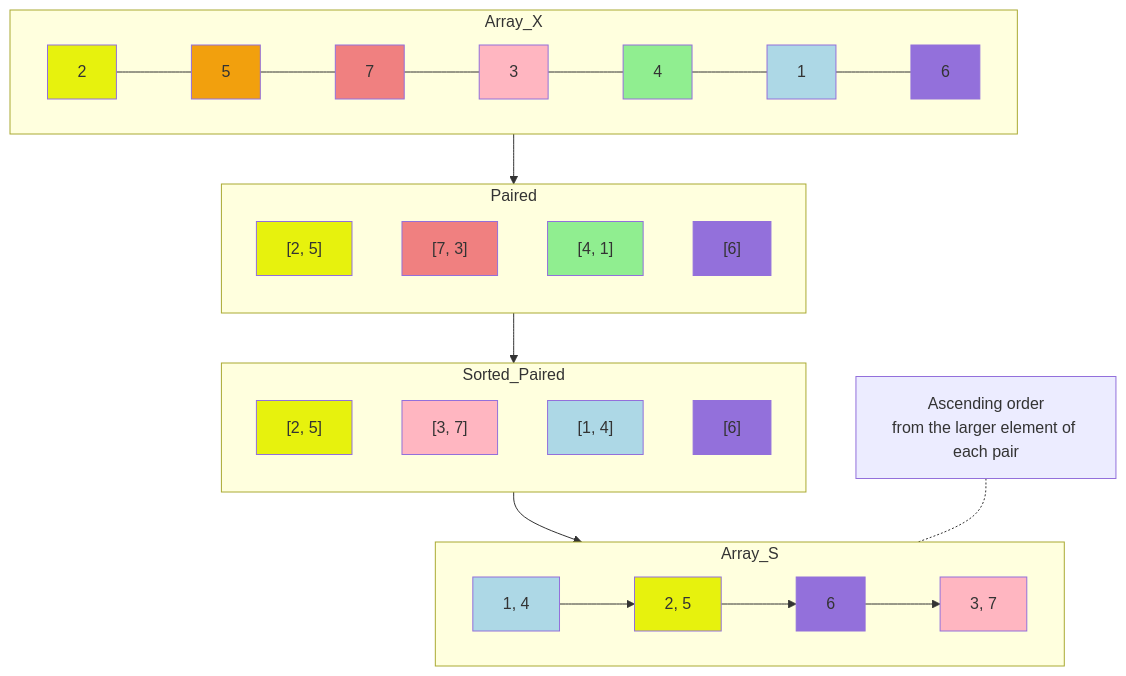
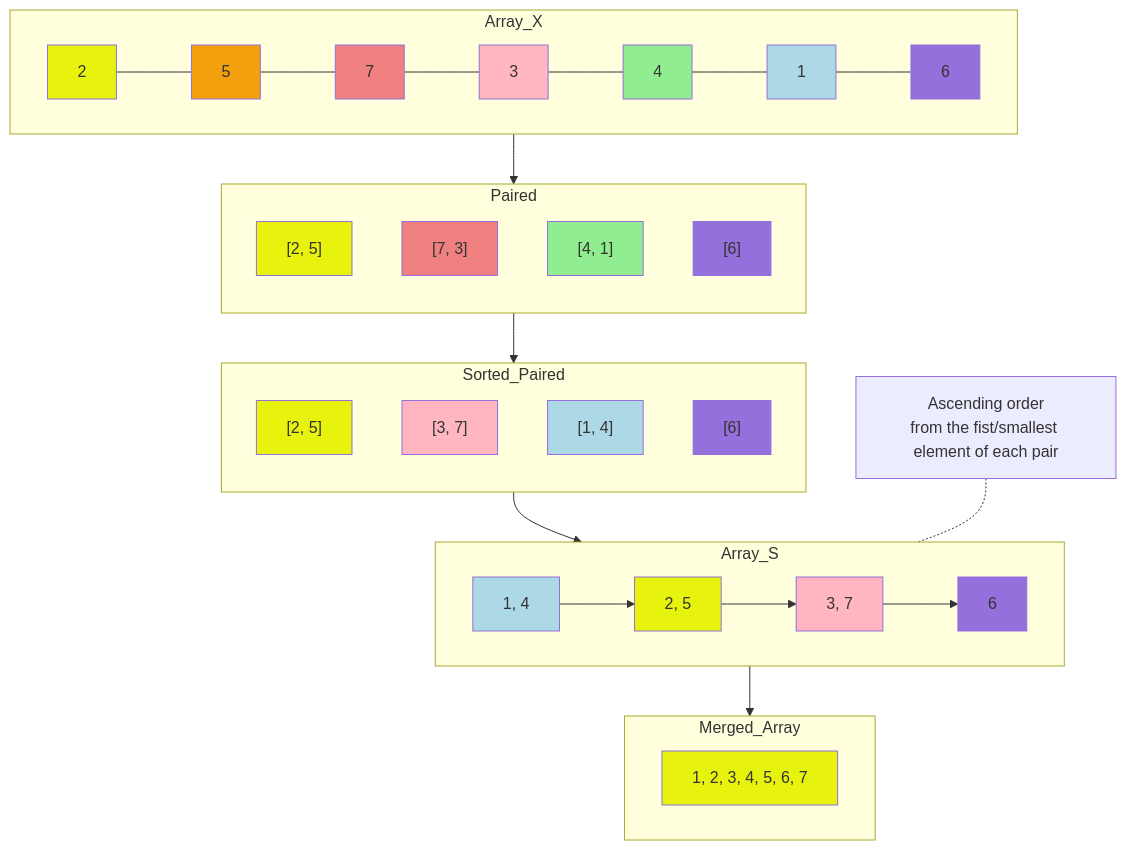
The fourth of 4 diagrams in Projects/CPP_Modules/cpp-exercices.md (Tablerase/42_Projects), drawn with Mermaid before and after one commit. The commit also changed other lines of this file, not shown here.

````diff
--- a/Projects/CPP_Modules/cpp-exercices.md
+++ b/Projects/CPP_Modules/cpp-exercices.md
@@ -197,49 +220,55 @@
 ```mermaid
 graph TD
   classDef yellow fill:#e7f20d;
   classDef orange fill:#f2a00d;
   classDef lightcoral fill:LightCoral;
   classDef lightpink fill:LightPink;
   classDef lightgreen fill:LightGreen;
   classDef lightblue fill:LightBlue;
   classDef mediumpurple fill:MediumPurple;
   subgraph Array_X
     direction LR
     Element1["2"]:::yellow
     Element1 --- Element2["5"]:::orange
     Element2 --- Element3["7"]:::lightcoral
     Element3 --- Element4["3"]:::lightpink
     Element4 --- Element5["4"]:::lightgreen
     Element5 --- Element6["1"]:::lightblue
     Element6 --- Element7["6"]:::mediumpurple
   end
 
   subgraph Paired
     direction TB
     Pair1["[2, 5]"]:::yellow
     Pair2["[7, 3]"]:::lightcoral
     Pair3["[4, 1]"]:::lightgreen
     Pair4["[6]"]:::mediumpurple
   end
   Array_X --> Paired
 
   Paired --> Sorted_Paired
   subgraph Sorted_Paired
     direction TB
     Sorted1["[2, 5]"]:::yellow
     Sorted2["[3, 7]"]:::lightpink
     Sorted3["[1, 4]"]:::lightblue
     Sorted4["[6]"]:::mediumpurple
   end
 
   Sorted_Paired --> Array_S
   subgraph Array_S
     direction LR
     Sorted3'["1, 4"]:::lightblue
     Sorted1'["2, 5"]:::yellow
+    Sorted2'["3, 7"]:::lightpink
     Sorted4'["6"]:::mediumpurple
-    Sorted2'["3, 7"]:::lightpink
-    Sorted3' --> Sorted1' --> Sorted4' --> Sorted2'
+    Sorted3' --> Sorted1' --> Sorted2' --> Sorted4'
   end
-  Note_Array_S["Ascending order\nfrom the larger element of each pair"] -.- Array_S
+  Note_Array_S["Ascending order\nfrom the fist/smallest element of each pair"] -.- Array_S
+
+  Array_S --> Merged_Array
+  subgraph Merged_Array
+    direction LR
+    Merged1["1, 2, 3, 4, 5, 6, 7"]:::yellow
+  end
 ```
````
